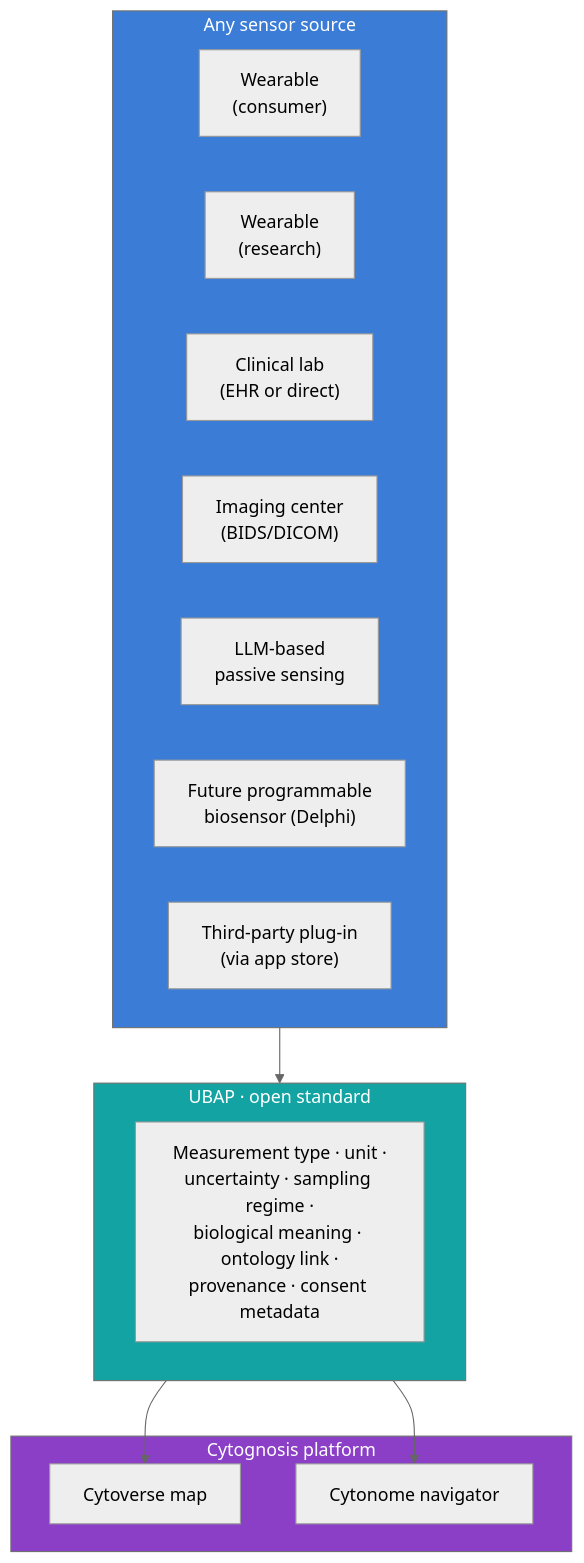
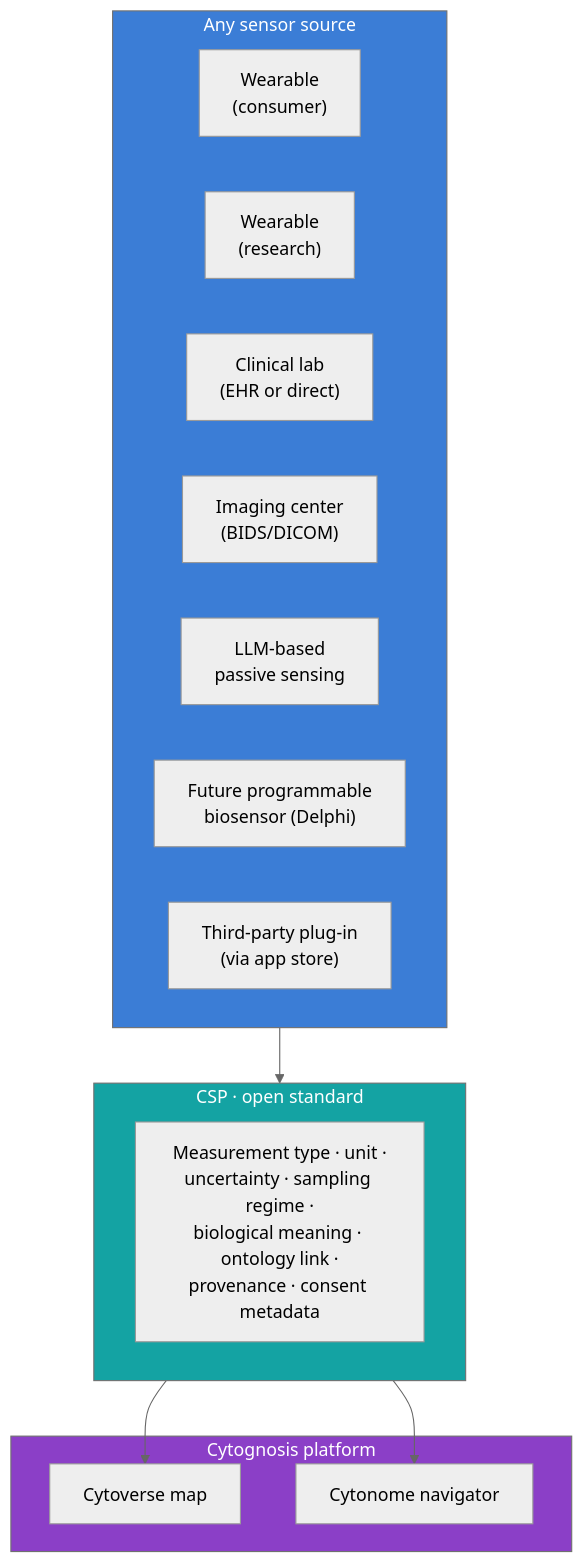
One commit to cytognosis/docs changed the first of 2 diagrams in 03-Products/Cytonome/Yar/sensor-ecosystem.md. Above: the diagram before and after it, drawn with Mermaid (neutral theme). The commit also changed other lines of this file and 15 other files, not shown here.

````diff
--- a/03-Products/Cytonome/Yar/sensor-ecosystem.md
+++ b/03-Products/Cytonome/Yar/sensor-ecosystem.md
@@ -30,25 +30,25 @@
 ```mermaid
 flowchart TB
     subgraph SOURCES["Any sensor source"]
         S1["Wearable<br/>(consumer)"]
         S2["Wearable<br/>(research)"]
         S3["Clinical lab<br/>(EHR or direct)"]
         S4["Imaging center<br/>(BIDS/DICOM)"]
         S5["LLM-based<br/>passive sensing"]
         S6["Future programmable<br/>biosensor (Delphi)"]
         S7["Third-party plug-in<br/>(via app store)"]
     end
-    subgraph UBAP["UBAP · open standard"]
+    subgraph CSP["CSP · open standard"]
         SPEC[Measurement type · unit ·<br/>uncertainty · sampling regime ·<br/>biological meaning · ontology link ·<br/>provenance · consent metadata]
     end
     subgraph CYTOG["Cytognosis platform"]
         MAP[Cytoverse map]
         NAV[Cytonome navigator]
     end
-    SOURCES --> UBAP
-    UBAP --> MAP
-    UBAP --> NAV
+    SOURCES --> CSP
+    CSP --> MAP
+    CSP --> NAV
     style SOURCES fill:#3B7DD6,color:#fff
-    style UBAP fill:#14A3A3,color:#fff
+    style CSP fill:#14A3A3,color:#fff
     style CYTOG fill:#8B3FC7,color:#fff
 ```
````
